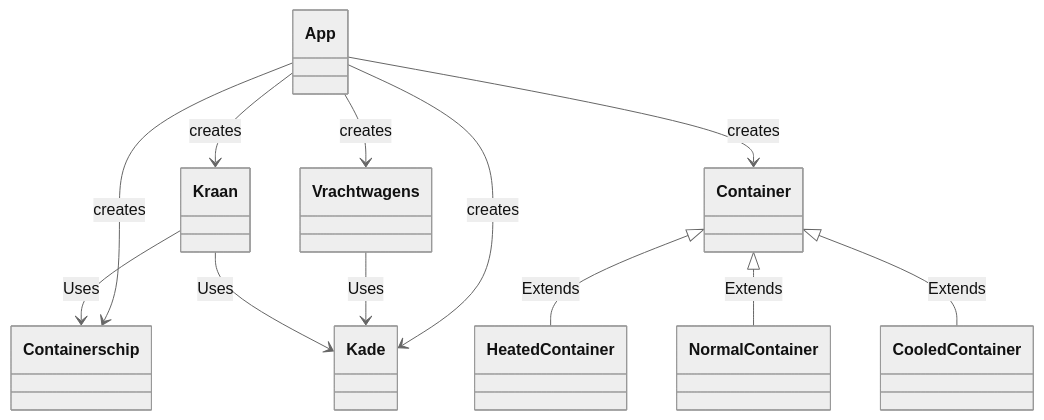
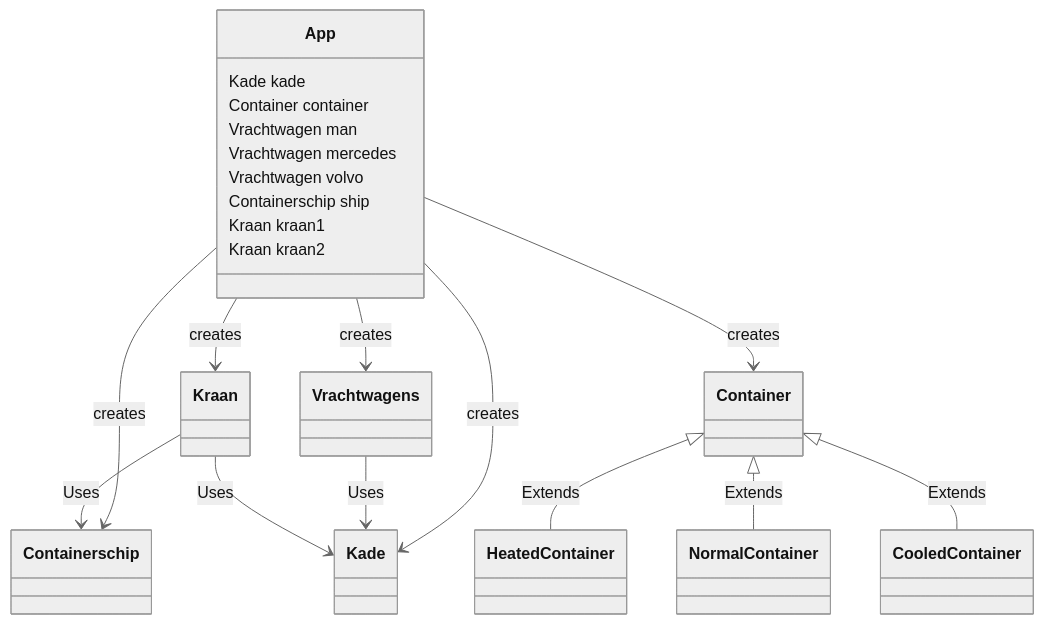
Before and after one commit to RockFreakRickerd/SameCodeDifferentLanguagues: the second of 2 diagrams in ShipQuay/README.md, drawn with Mermaid (neutral theme).

````diff
--- a/ShipQuay/README.md
+++ b/ShipQuay/README.md
@@ -46,14 +46,22 @@
 ```mermaid
 classDiagram
   App --> Containerschip : creates
   App --> Kraan : creates
   App --> Kade : creates
   App --> Container : creates
   App --> Vrachtwagens: creates
   Vrachtwagens --> Kade : Uses
   Kraan --> Containerschip : Uses
   Kraan --> Kade : Uses
   Container <|-- HeatedContainer : Extends
   Container <|-- NormalContainer : Extends
   Container <|-- CooledContainer : Extends
+  App: Kade kade
+  App: Container container
+  App: Vrachtwagen man
+  App: Vrachtwagen mercedes
+  App: Vrachtwagen volvo
+  App: Containerschip ship
+  App: Kraan kraan1
+  App: Kraan kraan2
 ```
````
